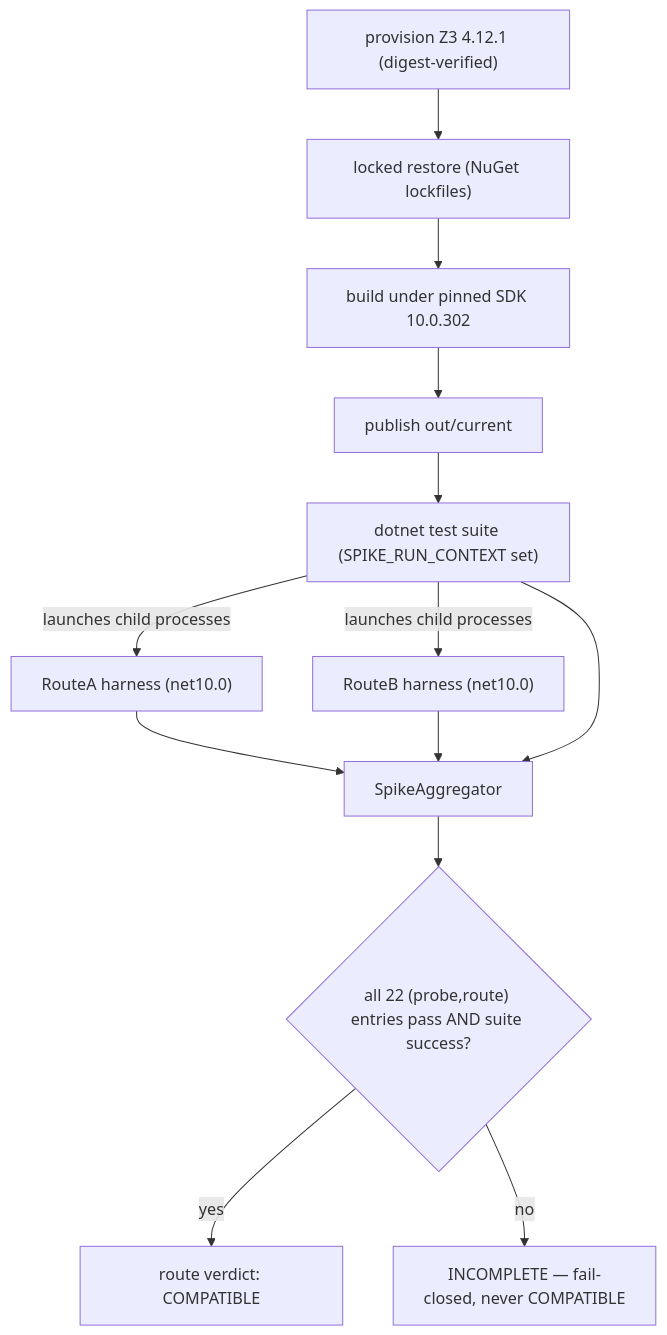
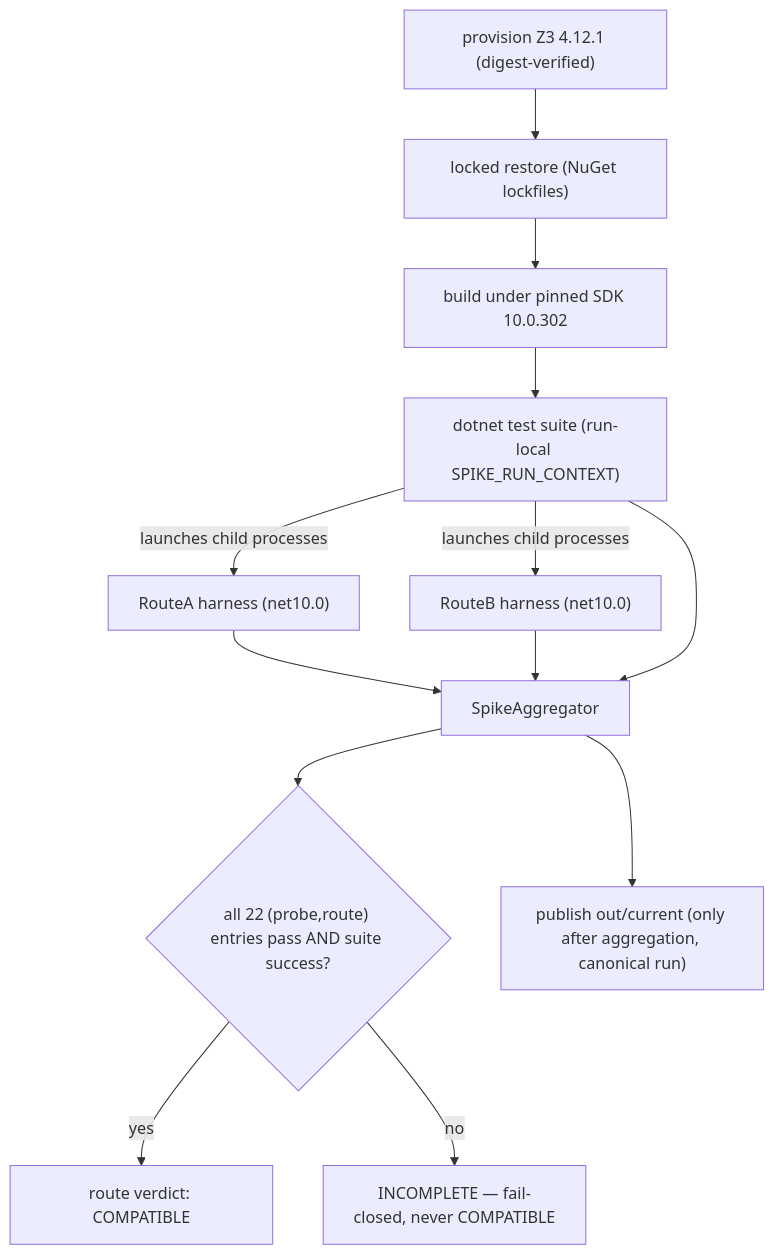
Before and after one commit to joshft/corrected: the diagram in docs/features/dafny-compat-spike.md, drawn with Mermaid. The commit also changed other lines of this file and 15 other files, not shown here.

````diff
--- a/docs/features/dafny-compat-spike.md
+++ b/docs/features/dafny-compat-spike.md
@@ -65,15 +66,15 @@
 ```mermaid
 flowchart TD
     P["provision Z3 4.12.1 (digest-verified)"] --> R["locked restore (NuGet lockfiles)"]
     R --> B["build under pinned SDK 10.0.302"]
-    B --> PUB["publish out/current"]
-    PUB --> T["dotnet test suite (SPIKE_RUN_CONTEXT set)"]
+    B --> T["dotnet test suite (run-local SPIKE_RUN_CONTEXT)"]
     T -->|launches child processes| HA["RouteA harness (net10.0)"]
     T -->|launches child processes| HB["RouteB harness (net10.0)"]
     HA --> AGG["SpikeAggregator"]
     HB --> AGG
     T --> AGG
     AGG --> V{"all 22 (probe,route) entries pass AND suite success?"}
     V -->|yes| OK["route verdict: COMPATIBLE"]
     V -->|no| INC["INCOMPLETE — fail-closed, never COMPATIBLE"]
+    AGG --> PUB["publish out/current (only after aggregation, canonical run)"]
 ```
````
